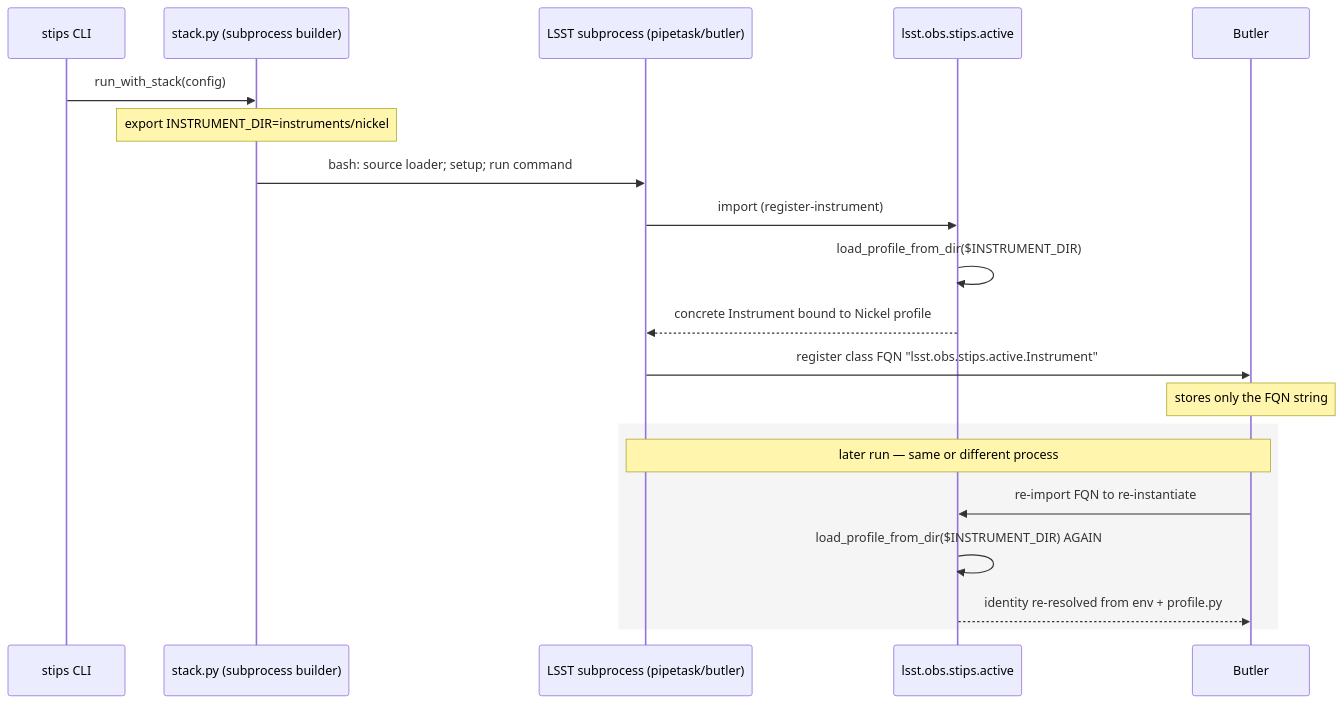
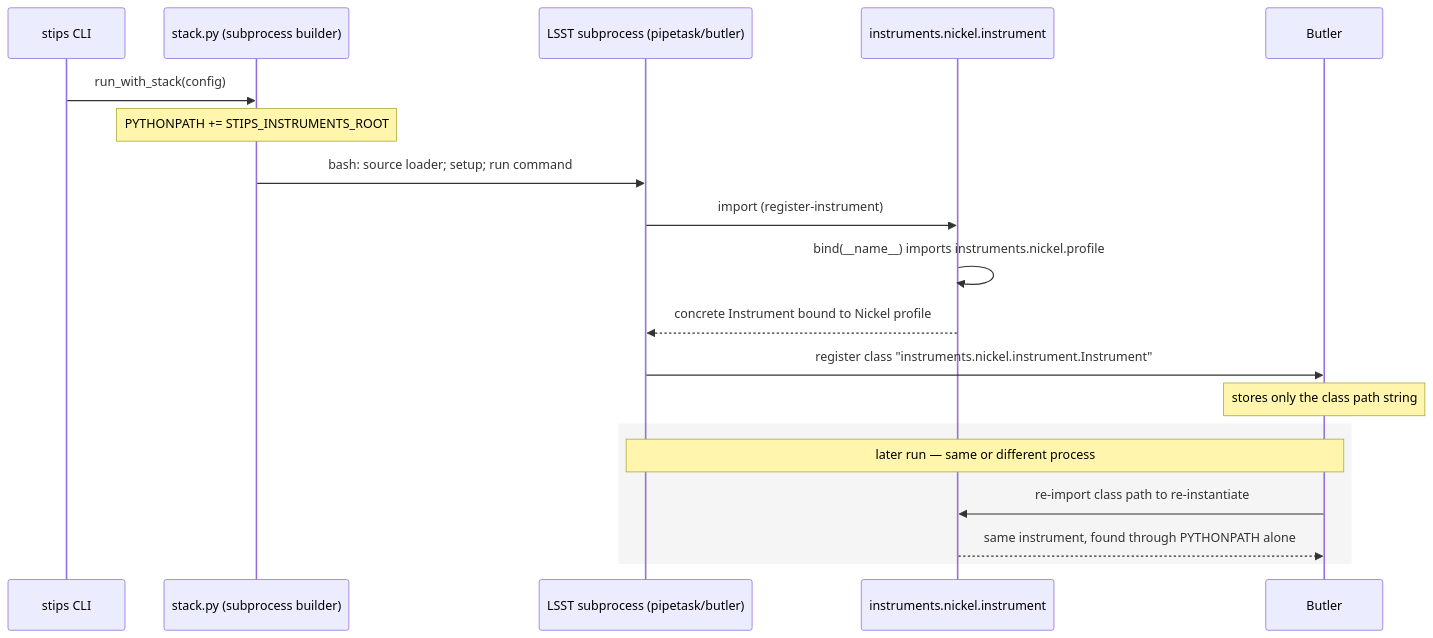
One commit to dangause/stips changed the fourth of 9 diagrams in docs/obs-abstraction.md. Above: the diagram before and after it, drawn with Mermaid. The commit also changed other lines of this file and 9 other files, not shown here.

Commit message:
docs: instrument identity by directory name, binning in the profile, migration note

````diff
--- a/docs/obs-abstraction.md
+++ b/docs/obs-abstraction.md
@@ -252,24 +219,23 @@
 ```mermaid
 sequenceDiagram
     participant CLI as stips CLI
     participant Stack as stack.py (subprocess builder)
     participant Sub as LSST subprocess (pipetask/butler)
-    participant Active as lsst.obs.stips.active
+    participant NP as instruments.nickel.instrument
     participant Butler
 
     CLI->>Stack: run_with_stack(config)
-    Note over Stack: export INSTRUMENT_DIR=instruments/nickel
+    Note over Stack: PYTHONPATH += STIPS_INSTRUMENTS_ROOT
     Stack->>Sub: bash: source loader#59; setup#59; run command
-    Sub->>Active: import (register-instrument)
-    Active->>Active: load_profile_from_dir($INSTRUMENT_DIR)
-    Active-->>Sub: concrete Instrument bound to Nickel profile
-    Sub->>Butler: register class FQN "lsst.obs.stips.active.Instrument"
-    Note over Butler: stores only the FQN string
+    Sub->>NP: import (register-instrument)
+    NP->>NP: bind(__name__) imports instruments.nickel.profile
+    NP-->>Sub: concrete Instrument bound to Nickel profile
+    Sub->>Butler: register class "instruments.nickel.instrument.Instrument"
+    Note over Butler: stores only the class path string
 
     rect rgb(245,245,245)
     Note over Sub,Butler: later run — same or different process
-    Butler->>Active: re-import FQN to re-instantiate
-    Active->>Active: load_profile_from_dir($INSTRUMENT_DIR) AGAIN
-    Active-->>Butler: identity re-resolved from env + profile.py
+    Butler->>NP: re-import class path to re-instantiate
+    NP-->>Butler: same instrument, found through PYTHONPATH alone
     end
 ```
````
